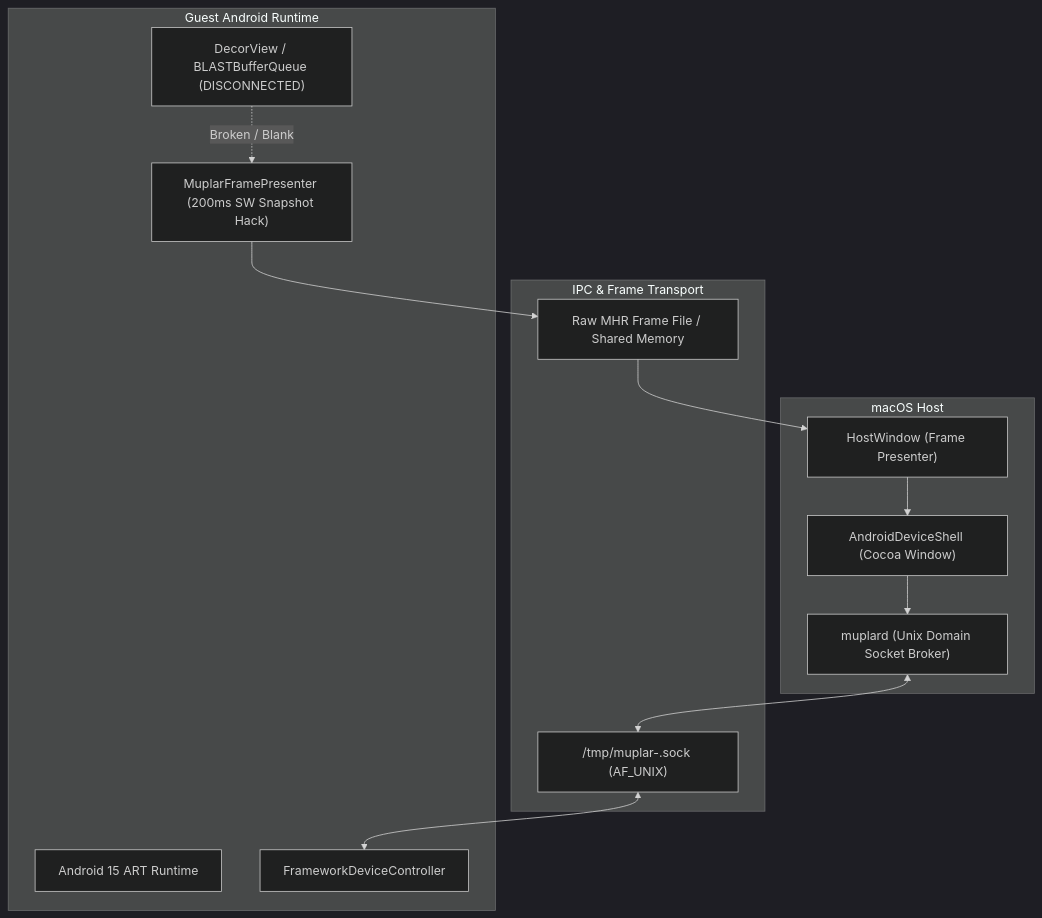
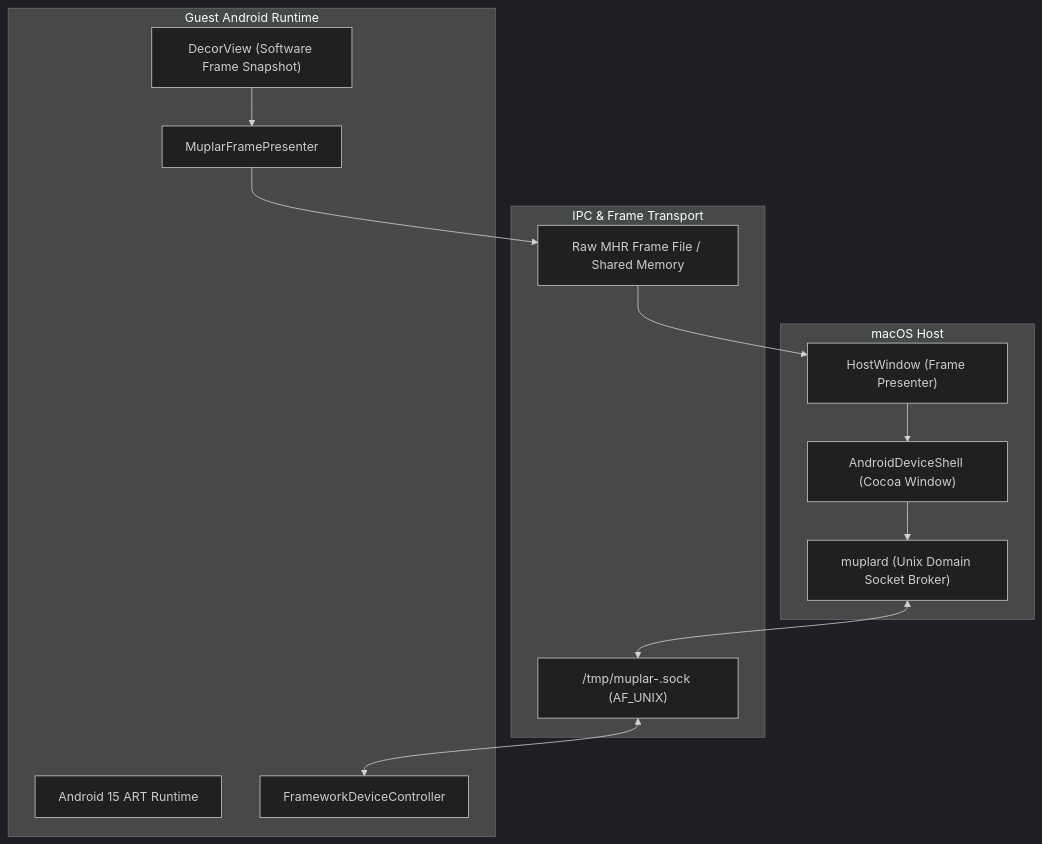
Before and after one commit to open-sources-port/muplar: the diagram in docs/roadmap/android/device-window.md, drawn with Mermaid (dark theme). The commit also changed other lines of this file and 4 other files, not shown here.

````diff
--- a/docs/roadmap/android/device-window.md
+++ b/docs/roadmap/android/device-window.md
@@ -11,25 +11,25 @@
 ```mermaid
 graph TD
     subgraph Host ["macOS Host"]
         Shell["AndroidDeviceShell (Cocoa Window)"]
         HW["HostWindow (Frame Presenter)"]
         Daemon["muplard (Unix Domain Socket Broker)"]
     end
 
     subgraph Bridge ["IPC & Frame Transport"]
         Sock["/tmp/muplar-<prefix>.sock (AF_UNIX)"]
         MHR["Raw MHR Frame File / Shared Memory"]
     end
 
     subgraph Guest ["Guest Android Runtime"]
         ART["Android 15 ART Runtime"]
         Controller["FrameworkDeviceController"]
-        Decor["DecorView / BLASTBufferQueue (DISCONNECTED)"]
-        Presenter["MuplarFramePresenter (200ms SW Snapshot Hack)"]
+        Decor["DecorView (Software Frame Snapshot)"]
+        Presenter["MuplarFramePresenter"]
     end
 
     Shell --> Daemon
     Daemon <--> Sock <--> Controller
-    Decor -.->|Broken / Blank| Presenter
+    Decor --> Presenter
     Presenter --> MHR --> HW --> Shell
 ```
````
